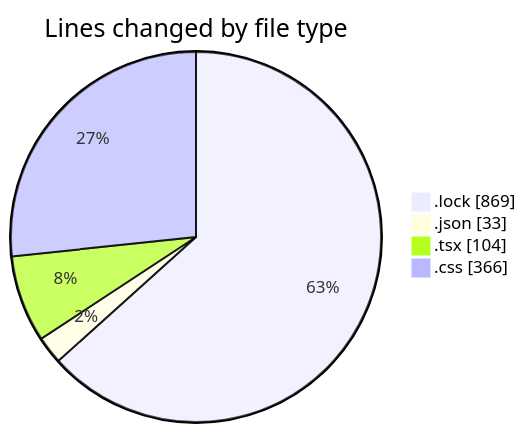
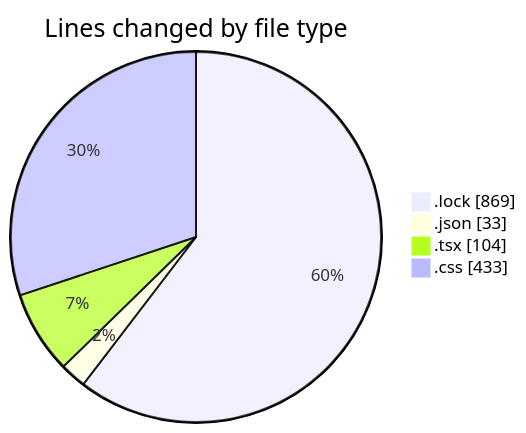
Before and after one commit to EIIisD/code-tracking: the first of 2 diagrams in 2025-07-27/vtuber/README.md, drawn with Mermaid. The commit also changed other lines of this file and 1 other file, not shown here.

````diff
--- a/2025-07-27/vtuber/README.md
+++ b/2025-07-27/vtuber/README.md
@@ -24,8 +24,8 @@
 ```mermaid
 pie showData
 title Lines changed by file type
 ".lock" : 869
 ".json" : 33
 ".tsx" : 104
-".css" : 366
+".css" : 433
 ```
````
